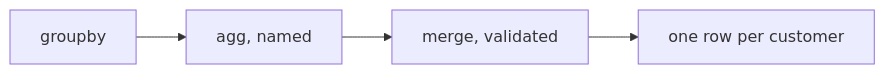
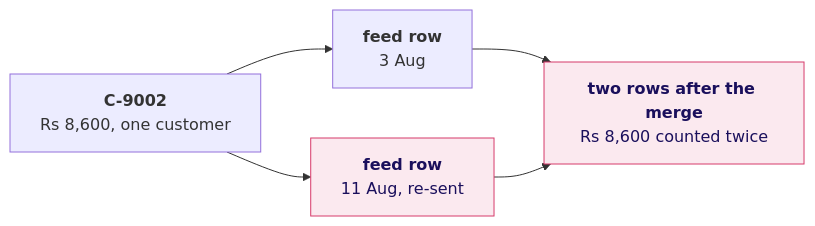
One commit to fde-academy-lab/c2-content-factory changed the tenth of 16 diagrams in content/W02/D4/slides/C2_W02_D04_half1_STUDENT.md. Above: the diagram before and after it, drawn with Mermaid. The commit also changed other lines of this file and 3 other files, not shown here.

````diff
--- a/content/W02/D4/slides/C2_W02_D04_half1_STUDENT.md
+++ b/content/W02/D4/slides/C2_W02_D04_half1_STUDENT.md
@@ -185,6 +522,9 @@
 ```mermaid
 flowchart LR
-    A["groupby"] --> B["agg, named"]
-    B --> C["merge, validated"]
-    C --> D["one row per customer"]
+    A["<b>C-9002</b><br/>Rs 8,600, one customer"] --> B["<b>feed row</b><br/>3 Aug"]
+    A --> C["<b>feed row</b><br/>11 Aug, re-sent"]
+    B --> D["<b>two rows after the merge</b><br/>Rs 8,600 counted twice"]
+    C --> D
+    classDef bad fill:#FBE9EF,stroke:#D63A6A,color:#1A0F5C
+    class C,D bad
 ```
````
